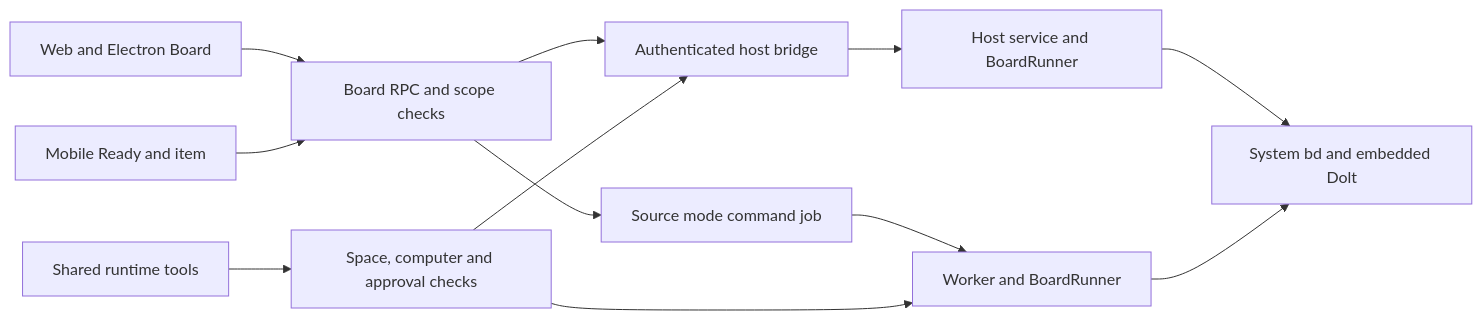
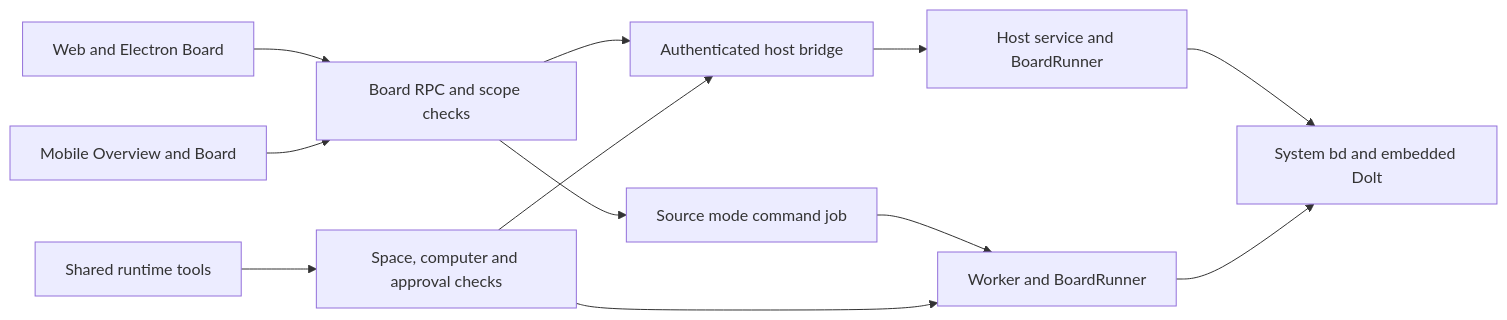
One commit to ArdurAI/ardur-bot changed the diagram in docs/board.md. Above: the diagram before and after it, drawn with Mermaid. The commit also changed other lines of this file and 6 other files, not shown here.

First line of the commit message:
fix(mobile): complete Board navigation translations and respect paired access

````diff
--- a/docs/board.md
+++ b/docs/board.md
@@ -17,14 +17,14 @@
 ```mermaid
 flowchart LR
   Web[Web and Electron Board] --> API[Board RPC and scope checks]
-  Mobile[Mobile Ready and item] --> API
+  Mobile[Mobile Overview and Board] --> API
   API --> Bridge[Authenticated host bridge]
   Bridge --> Host[Host service and BoardRunner]
   API --> Queue[Source mode command job]
   Queue --> Worker[Worker and BoardRunner]
   Bots[Shared runtime tools] --> Scope[Space, computer and approval checks]
   Scope --> Bridge
   Scope --> Worker
   Host --> Beads[System bd and embedded Dolt]
   Worker --> Beads
 ```
````
